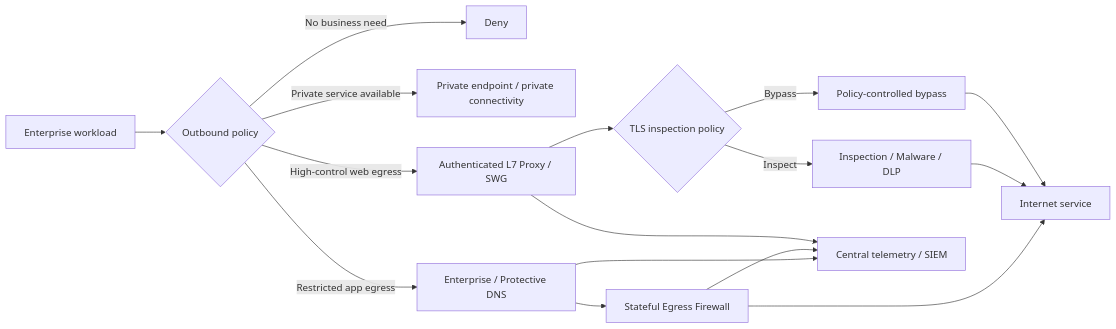
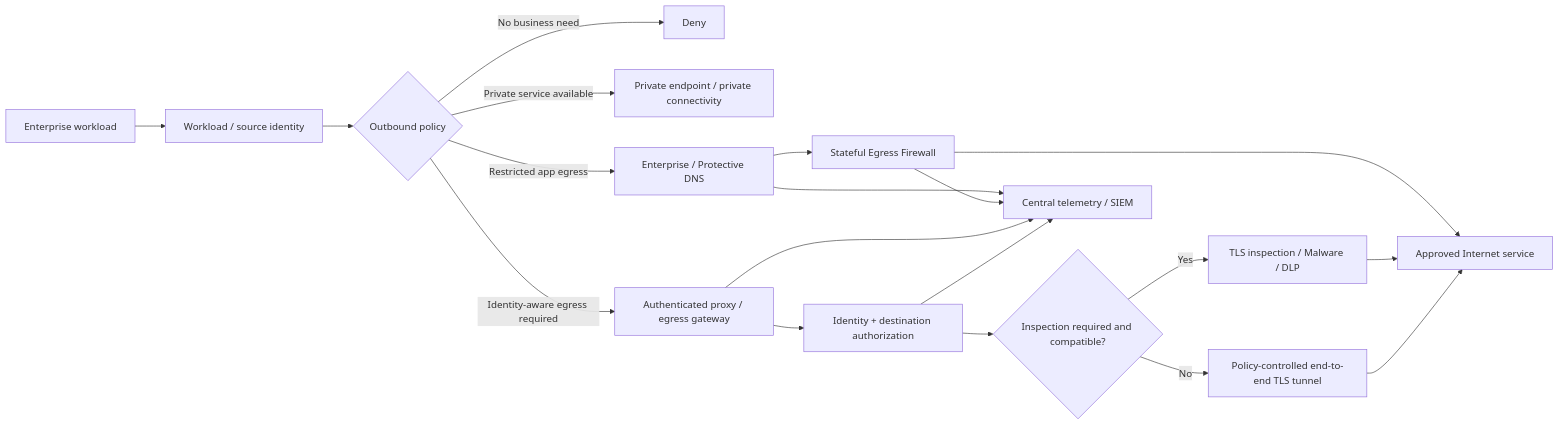
Before and after one commit to jfang88/EnterpriseOutbound: the diagram in docs/enterprise-outbound-security.md, drawn with Mermaid. The commit also changed other lines of this file, not shown here.

Commit message:
Strengthen outbound defense-in-depth and add RPC appendix

````diff
--- a/docs/enterprise-outbound-security.md
+++ b/docs/enterprise-outbound-security.md
@@ -832,22 +1014,25 @@
 ```mermaid
 flowchart LR
-    W[Enterprise workload] --> P{Outbound policy}
+    W[Enterprise workload] --> ID[Workload / source identity]
+    ID --> P{Outbound policy}
 
     P -->|No business need| D[Deny]
     P -->|Private service available| PE[Private endpoint / private connectivity]
     P -->|Restricted app egress| DNS[Enterprise / Protective DNS]
-    P -->|High-control web egress| SWG[Authenticated L7 Proxy / SWG]
+    P -->|Identity-aware egress required| EG[Authenticated proxy / egress gateway]
 
     DNS --> FW[Stateful Egress Firewall]
-    FW --> I[Internet service]
+    FW --> I[Approved Internet service]
 
-    SWG --> TLS{TLS inspection policy}
-    TLS -->|Inspect| INS[Inspection / Malware / DLP]
-    TLS -->|Bypass| BP[Policy-controlled bypass]
+    EG --> AUTHZ[Identity + destination authorization]
+    AUTHZ --> TLS{Inspection required and compatible?}
+    TLS -->|Yes| INS[TLS inspection / Malware / DLP]
+    TLS -->|No| TUN[Policy-controlled end-to-end TLS tunnel]
     INS --> I
-    BP --> I
+    TUN --> I
 
     DNS --> LOG[Central telemetry / SIEM]
     FW --> LOG
-    SWG --> LOG
+    EG --> LOG
+    AUTHZ --> LOG
 ```
````
